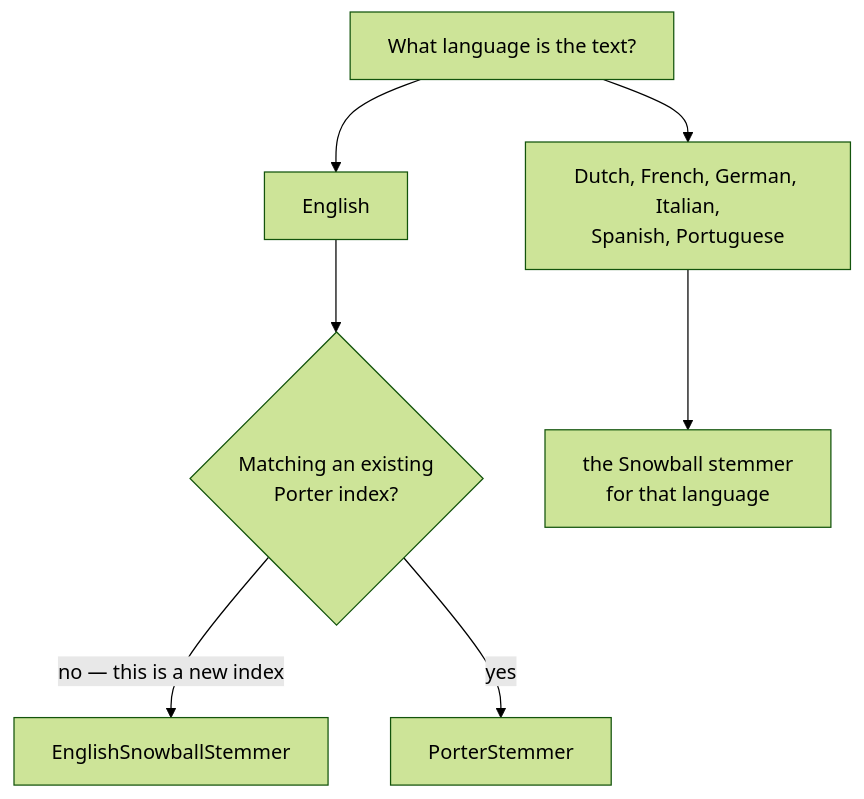
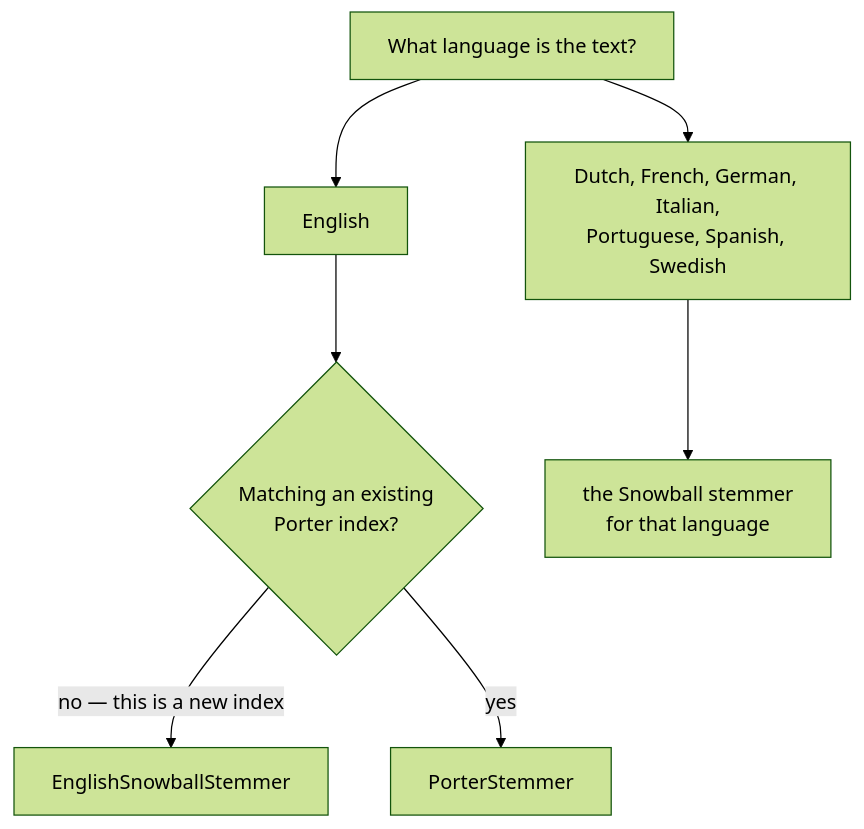
The diagram in docs/reference/text/stemming.md (CyrilB1531/lodestar), drawn with Mermaid (forest theme) before and after one commit. The commit also changed other lines of this file and 11 other files, not shown here.

````diff
--- a/docs/reference/text/stemming.md
+++ b/docs/reference/text/stemming.md
@@ -12,9 +12,9 @@
 ```mermaid
 flowchart TD
     A["What language is the text?"] --> B["English"]
-    A --> C["Dutch, French, German, Italian,<br/>Spanish, Portuguese"]
+    A --> C["Dutch, French, German, Italian,<br/>Portuguese, Spanish, Swedish"]
     B --> D{"Matching an existing<br/>Porter index?"}
     D -->|"no — this is a new index"| E["EnglishSnowballStemmer"]
     D -->|"yes"| F["PorterStemmer"]
     C --> G["the Snowball stemmer<br/>for that language"]
 ```
````
